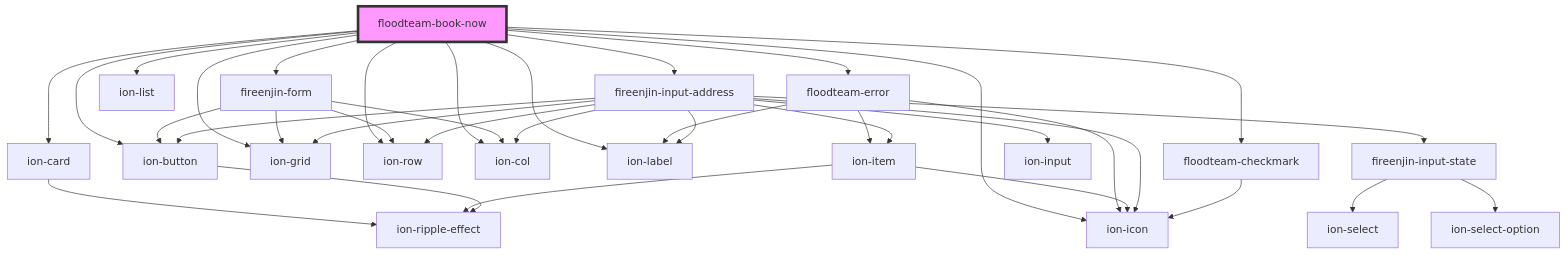
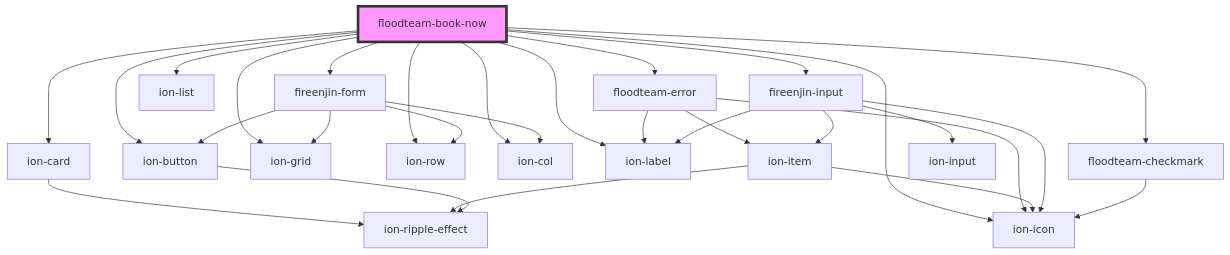
One commit to FloodTeam/components changed the diagram in src/components/book-now/readme.md. Above: the diagram before and after it, drawn with Mermaid. The commit also changed other lines of this file and 8 other files, not shown here.

````diff
--- a/src/components/book-now/readme.md
+++ b/src/components/book-now/readme.md
@@ -42,39 +43,32 @@
 ```mermaid
 graph TD;
   floodteam-book-now --> ion-card
   floodteam-book-now --> floodteam-error
   floodteam-book-now --> fireenjin-form
   floodteam-book-now --> ion-list
-  floodteam-book-now --> fireenjin-input-address
+  floodteam-book-now --> fireenjin-input
   floodteam-book-now --> floodteam-checkmark
   floodteam-book-now --> ion-grid
   floodteam-book-now --> ion-row
   floodteam-book-now --> ion-col
   floodteam-book-now --> ion-label
   floodteam-book-now --> ion-button
   floodteam-book-now --> ion-icon
   ion-card --> ion-ripple-effect
   floodteam-error --> ion-item
   floodteam-error --> ion-icon
   floodteam-error --> ion-label
   ion-item --> ion-icon
   ion-item --> ion-ripple-effect
   fireenjin-form --> ion-grid
   fireenjin-form --> ion-row
   fireenjin-form --> ion-col
   fireenjin-form --> ion-button
   ion-button --> ion-ripple-effect
-  fireenjin-input-address --> ion-item
-  fireenjin-input-address --> ion-label
-  fireenjin-input-address --> ion-input
-  fireenjin-input-address --> ion-grid
-  fireenjin-input-address --> ion-row
-  fireenjin-input-address --> ion-col
-  fireenjin-input-address --> fireenjin-input-state
-  fireenjin-input-address --> ion-button
-  fireenjin-input-address --> ion-icon
-  fireenjin-input-state --> ion-select
-  fireenjin-input-state --> ion-select-option
+  fireenjin-input --> ion-input
+  fireenjin-input --> ion-item
+  fireenjin-input --> ion-icon
+  fireenjin-input --> ion-label
   floodteam-checkmark --> ion-icon
   style floodteam-book-now fill:#f9f,stroke:#333,stroke-width:4px
 ```
````
